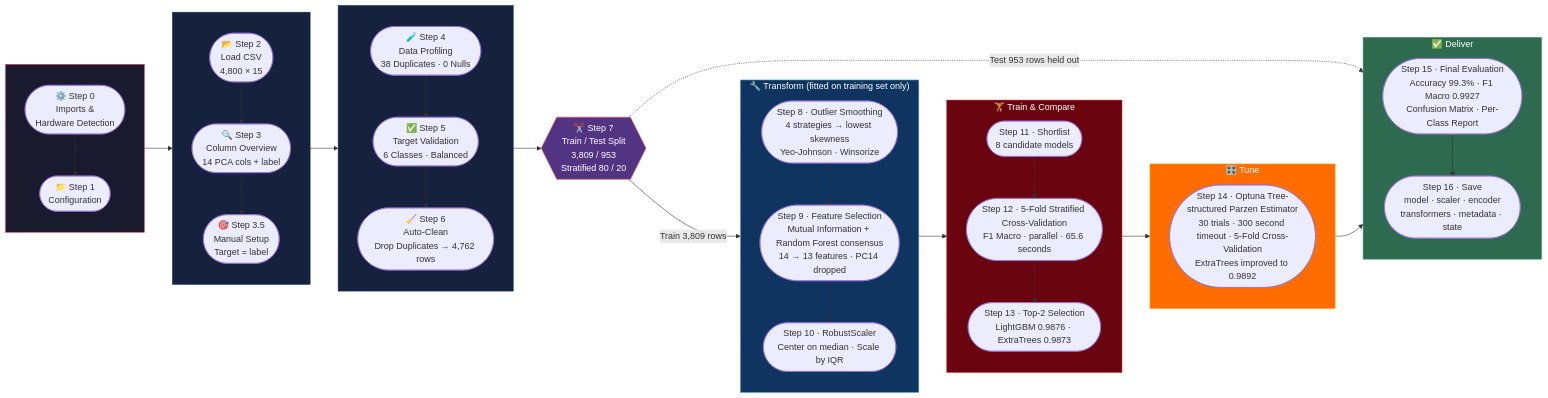
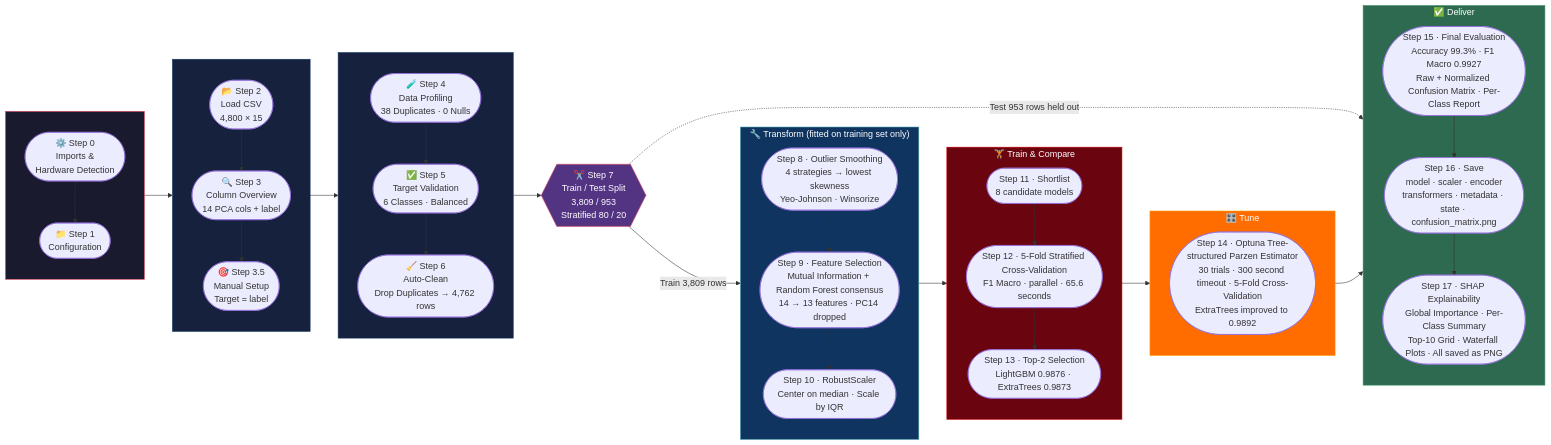
The first of 9 diagrams in project flow diagrams/VOICE_PIPELINE_FLOW.md (VICKYPATIL2525/Mindspace-ml-pipeline-text-to-mentel-health-class), drawn with Mermaid before and after one commit. The commit also changed other lines of this file and 14 other files, not shown here.

````diff
--- a/project flow diagrams/VOICE_PIPELINE_FLOW.md
+++ b/project flow diagrams/VOICE_PIPELINE_FLOW.md
@@ -5,80 +5,81 @@
 ```mermaid
 flowchart LR
     %% ── Phase 1: Setup & Load ──
     subgraph P1[" "]
         direction TB
         S0(["⚙️ Step 0\nImports &\nHardware Detection"])
         S1(["📁 Step 1\nConfiguration"])
         S0 --> S1
     end
 
     subgraph P2[" "]
         direction TB
         S2(["📂 Step 2\nLoad CSV\n4,800 × 15"])
         S3(["🔍 Step 3\nColumn Overview\n14 PCA cols + label"])
         S35(["🎯 Step 3.5\nManual Setup\nTarget = label"])
         S2 --> S3 --> S35
     end
 
     subgraph P3[" "]
         direction TB
         S4(["🧪 Step 4\nData Profiling\n38 Duplicates · 0 Nulls"])
         S5(["✅ Step 5\nTarget Validation\n6 Classes · Balanced"])
         S6(["🧹 Step 6\nAuto-Clean\nDrop Duplicates → 4,762 rows"])
         S4 --> S5 --> S6
     end
 
     %% ── Phase 2: Split (the hard boundary) ──
     S7{{"✂️ Step 7\nTrain / Test Split\n3,809 / 953\nStratified 80 / 20"}}
 
     %% ── Phase 3: Train-only transforms ──
     subgraph P4["🔧 Transform (fitted on training set only)"]
         direction TB
         S8(["Step 8 · Outlier Smoothing\n4 strategies → lowest skewness\nYeo-Johnson · Winsorize"])
         S9(["Step 9 · Feature Selection\nMutual Information + Random Forest consensus\n14 → 13 features · PC14 dropped"])
         S10(["Step 10 · RobustScaler\nCenter on median · Scale by IQR"])
         S8 --> S9 --> S10
     end
 
     %% ── Phase 4: Model Training ──
     subgraph P5["🏋️ Train & Compare"]
         direction TB
         S11(["Step 11 · Shortlist\n8 candidate models"])
         S12(["Step 12 · 5-Fold Stratified Cross-Validation\nF1 Macro · parallel · 65.6 seconds"])
         S13(["Step 13 · Top-2 Selection\nLightGBM 0.9876 · ExtraTrees 0.9873"])
         S11 --> S12 --> S13
     end
 
     %% ── Phase 5: Tuning ──
     subgraph P6["🎛️ Tune"]
         S14(["Step 14 · Optuna Tree-structured Parzen Estimator\n30 trials · 300 second timeout · 5-Fold Cross-Validation\nExtraTrees improved to 0.9892"])
     end
 
     %% ── Phase 6: Evaluate & Save ──
     subgraph P7["✅ Deliver"]
         direction TB
-        S15(["Step 15 · Final Evaluation\nAccuracy 99.3% · F1 Macro 0.9927\nConfusion Matrix · Per-Class Report"])
-        S16(["Step 16 · Save\nmodel · scaler · encoder\ntransformers · metadata · state"])
-        S15 --> S16
+        S15(["Step 15 · Final Evaluation\nAccuracy 99.3% · F1 Macro 0.9927\nRaw + Normalized Confusion Matrix · Per-Class Report"])
+        S16(["Step 16 · Save\nmodel · scaler · encoder\ntransformers · metadata · state · confusion_matrix.png"])
+        S17(["Step 17 · SHAP Explainability\nGlobal Importance · Per-Class Summary\nTop-10 Grid · Waterfall Plots · All saved as PNG"])
+        S15 --> S16 --> S17
     end
 
     %% ── Connections ──
     P1 --> P2 --> P3
     P3 --> S7
     S7 -->|"Train 3,809 rows"| P4
     P4 --> P5 --> P6
     P6 --> P7
 
     %% ── Test set bypass (no leakage) ──
     S7 -.->|"Test 953 rows held out"| S15
 
     %% ── Styles ──
     style P1 fill:#1a1a2e,stroke:#e94560,color:#fff
     style P2 fill:#16213e,stroke:#0f3460,color:#fff
     style P3 fill:#16213e,stroke:#0f3460,color:#fff
     style S7 fill:#533483,stroke:#e94560,color:#fff
     style P4 fill:#0f3460,stroke:#53a8b6,color:#fff
     style P5 fill:#6a040f,stroke:#d00000,color:#fff
     style P6 fill:#ff6d00,stroke:#ff9e00,color:#fff
     style P7 fill:#2d6a4f,stroke:#40916c,color:#fff
 ```
````
